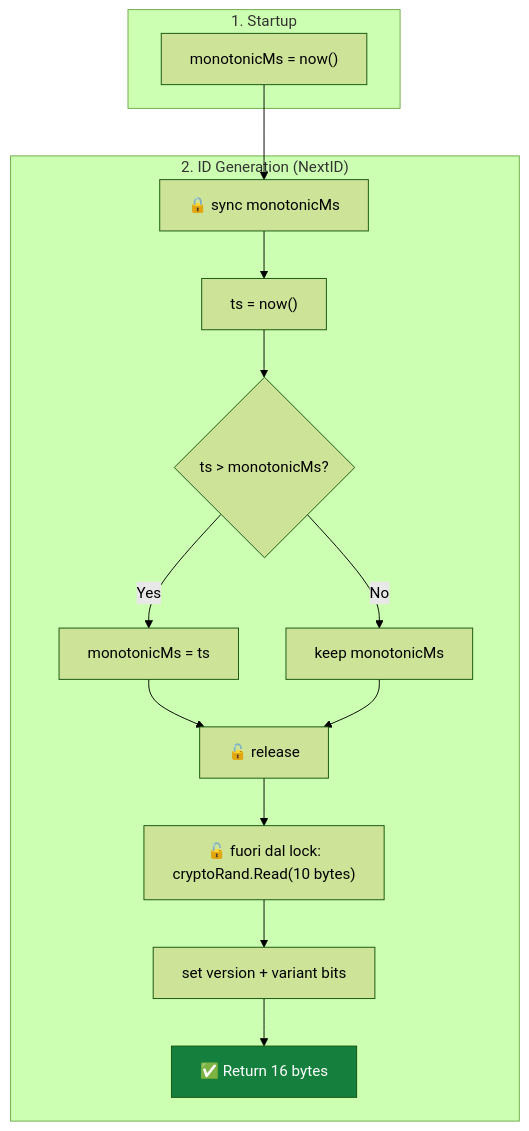
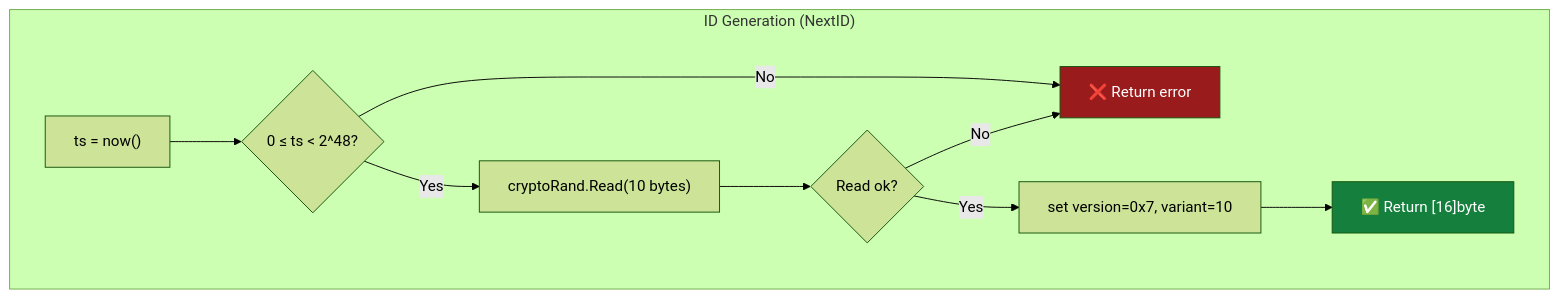
One commit to Albe83/snowflake-id-service changed the second of 4 diagrams in docs/design/snowflake-algorithm-workflow.md. Above: the diagram before and after it, drawn with Mermaid (forest theme). The commit also changed other lines of this file and 2 other files, not shown here.

````diff
--- a/docs/design/snowflake-algorithm-workflow.md
+++ b/docs/design/snowflake-algorithm-workflow.md
@@ -20,23 +30,16 @@
 ```mermaid
 flowchart TD
-    subgraph INIT["1. Startup"]
-        S["monotonicMs = now()"]
+    subgraph GEN["ID Generation (NextID)"]
+        A["ts = now()"]
+        A --> B{"0 ≤ ts < 2^48?"}
+        B -->|No| ERR["❌ Return error"]
+        B -->|Yes| C["cryptoRand.Read(10 bytes)"]
+        C --> D{"Read ok?"}
+        D -->|No| ERR
+        D -->|Yes| E["set version=0x7, variant=10"]
+        E --> F["✅ Return [16]byte"]
     end
 
-    S --> E
-
-    subgraph GEN["2. ID Generation (NextID)"]
-        E["🔒 sync monotonicMs"]
-        E --> F["ts = now()"]
-        F --> G{"ts > monotonicMs?"}
-        G -->|Yes| H["monotonicMs = ts"]
-        G -->|No| I["keep monotonicMs"]
-        H --> J["🔓 release"]
-        I --> J
-        J --> K["🔓 fuori dal lock:<br>cryptoRand.Read(10 bytes)"]
-        K --> L["set version + variant bits"]
-        L --> M["✅ Return 16 bytes"]
-    end
-
-    style M fill:#15803d,color:#fff
+    style F fill:#15803d,color:#fff
+    style ERR fill:#991b1b,color:#fff
 ```
````
